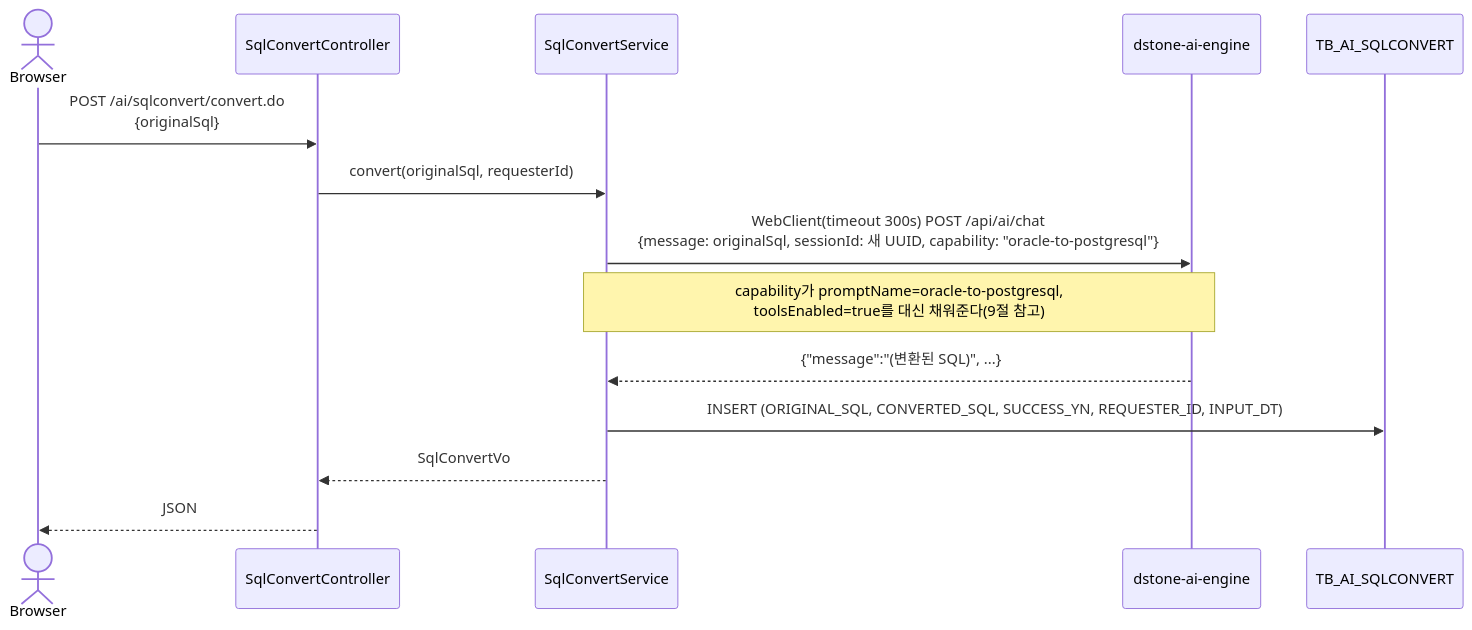
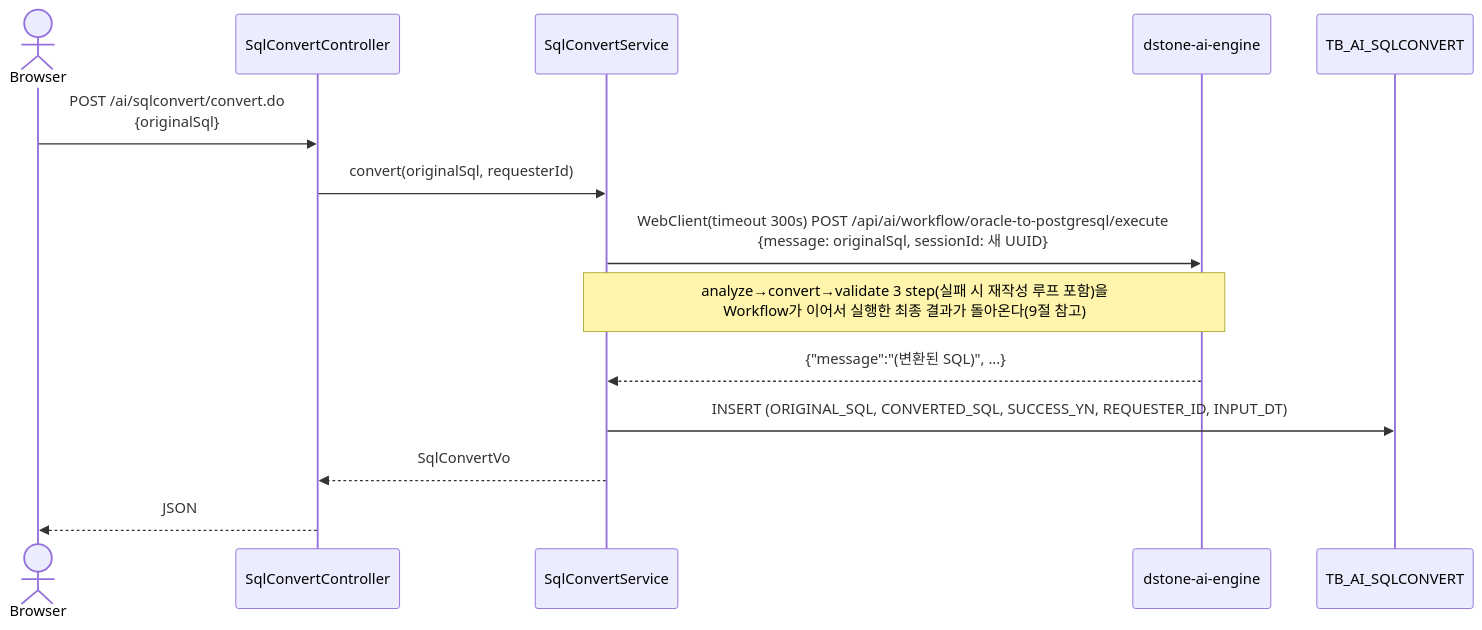
One commit to YongSoekChoeng/dstone changed the fourth of 4 diagrams in docs/06.dstone-boot.md. Above: the diagram before and after it, drawn with Mermaid. The commit also changed other lines of this file and 91 other files, not shown here.

````diff
--- a/docs/06.dstone-boot.md
+++ b/docs/06.dstone-boot.md
@@ -404,17 +404,17 @@
 ```mermaid
 sequenceDiagram
     actor Browser
     participant Ctrl as SqlConvertController
     participant Svc as SqlConvertService
     participant Engine as dstone-ai-engine
     participant DB as TB_AI_SQLCONVERT
 
     Browser->>Ctrl: POST /ai/sqlconvert/convert.do<br/>{originalSql}
     Ctrl->>Svc: convert(originalSql, requesterId)
-    Svc->>Engine: WebClient(timeout 300s) POST /api/ai/chat<br/>{message: originalSql, sessionId: 새 UUID, capability: "oracle-to-postgresql"}
-    Note over Svc,Engine: capability가 promptName=oracle-to-postgresql,<br/>toolsEnabled=true를 대신 채워준다(9절 참고)
+    Svc->>Engine: WebClient(timeout 300s) POST /api/ai/workflow/oracle-to-postgresql/execute<br/>{message: originalSql, sessionId: 새 UUID}
+    Note over Svc,Engine: analyze→convert→validate 3 step(실패 시 재작성 루프 포함)을<br/>Workflow가 이어서 실행한 최종 결과가 돌아온다(9절 참고)
     Engine-->>Svc: {"message":"(변환된 SQL)", ...}
     Svc->>DB: INSERT (ORIGINAL_SQL, CONVERTED_SQL, SUCCESS_YN, REQUESTER_ID, INPUT_DT)
     Svc-->>Ctrl: SqlConvertVo
     Ctrl-->>Browser: JSON
 ```
````
